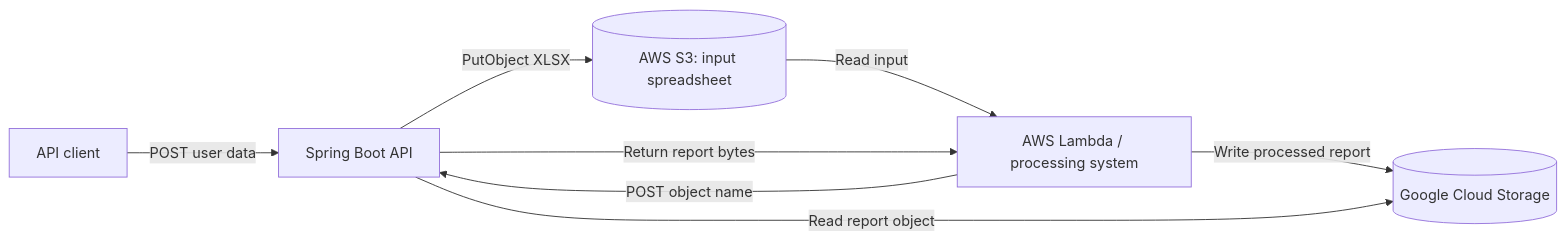
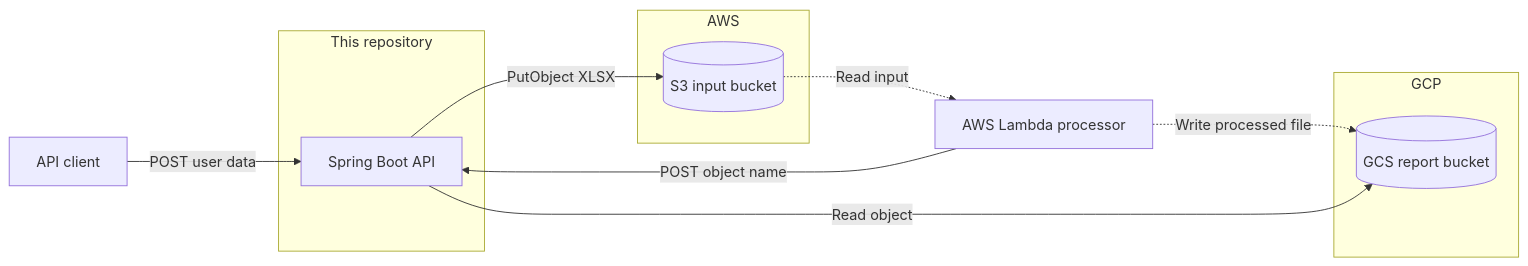
The first of 3 diagrams in docs/ARCHITECTURE.md (debajyoti-nath-eng/Data_Analytics_AWS_S3_Upload_AWS_Lambda_GCP_Download), drawn with Mermaid before and after one commit. The commit also changed other lines of this file and 25 other files, not shown here.

First line of the commit message:
[DN] # Data Analytics API :: Added HLD/LLD documentation and tests, fixed report download content type

````diff
--- a/docs/ARCHITECTURE.md
+++ b/docs/ARCHITECTURE.md
@@ -14,10 +18,21 @@
 ```mermaid
 flowchart LR
-    Client[API client] -->|POST user data| API[Spring Boot API]
-    API -->|PutObject XLSX| S3[(AWS S3: input spreadsheet)]
-    S3 -->|Read input| Lambda[AWS Lambda / processing system]
-    Lambda -->|Write processed report| GCS[(Google Cloud Storage)]
+    Client[API client]
+    Lambda[AWS Lambda processor]
+    subgraph App[This repository]
+        API[Spring Boot API]
+    end
+    subgraph AWS
+        S3[(S3 input bucket)]
+    end
+    subgraph GCP
+        GCS[(GCS report bucket)]
+    end
+
+    Client -->|POST user data| API
+    API -->|PutObject XLSX| S3
+    S3 -.->|Read input| Lambda
+    Lambda -.->|Write processed file| GCS
     Lambda -->|POST object name| API
-    API -->|Read report object| GCS
-    API -->|Return report bytes| Lambda
+    API -->|Read object| GCS
 ```
````
